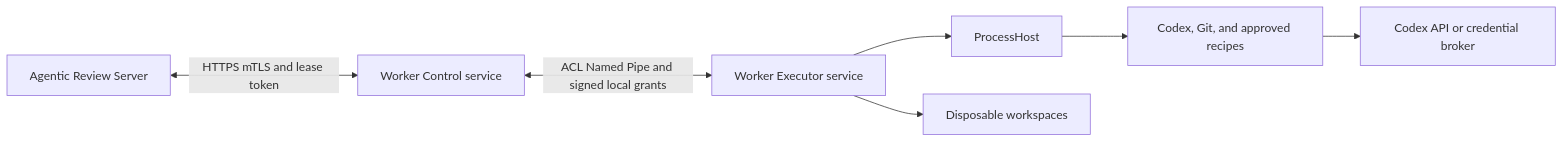
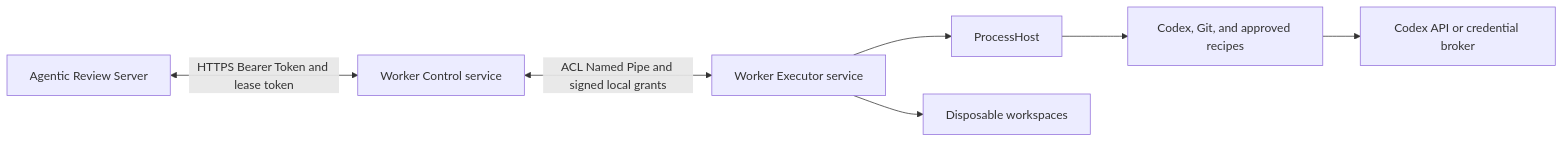
The diagram in docs/adr/0007-windows-control-executor-isolation.md (moooyo/PowerToys-Agentic-Review), drawn with Mermaid before and after one commit. The commit also changed other lines of this file and 8 other files, not shown here.

````diff
--- a/docs/adr/0007-windows-control-executor-isolation.md
+++ b/docs/adr/0007-windows-control-executor-isolation.md
@@ -190,9 +189,9 @@
 ```mermaid
 flowchart LR
-    S[Agentic Review Server] <-->|HTTPS mTLS and lease token| C[Worker Control service]
+    S[Agentic Review Server] <-->|HTTPS Bearer Token and lease token| C[Worker Control service]
     C <-->|ACL Named Pipe and signed local grants| E[Worker Executor service]
     E --> P[ProcessHost]
     P --> X[Codex, Git, and approved recipes]
     E --> W[Disposable workspaces]
     X --> B[Codex API or credential broker]
 ```
````
